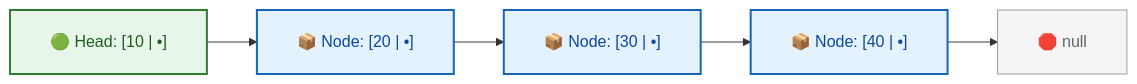
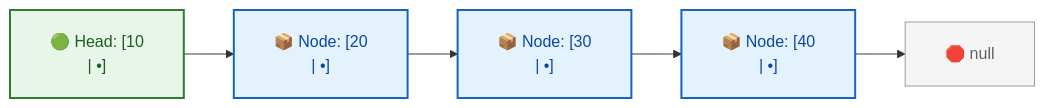
The diagram in week_02_foundations_ii_linear_data_structures/WEEK_02_FULL_PLAYBOOK.md (dip4k/DSA_102), drawn with Mermaid before and after one commit. The commit also changed 106 other files, not shown here.

First line of the commit message:
fix(mermaid): prevent text clipping with foreignObject overflow and tighter line wrapping

````diff
--- a/week_02_foundations_ii_linear_data_structures/WEEK_02_FULL_PLAYBOOK.md
+++ b/week_02_foundations_ii_linear_data_structures/WEEK_02_FULL_PLAYBOOK.md
@@ -633,9 +633,9 @@
 ```mermaid
-%%{init: {"flowchart": {"htmlLabels": true, "padding": 20}}}%%
+%%{init: {"flowchart": {"htmlLabels": true, "padding": 20}, "themeCSS": "foreignObject { overflow: visible !important; }"}}%%
 flowchart LR
     classDef headNode fill:#e8f5e9,stroke:#2e7d32,stroke-width:2px,color:#1b5e20
     classDef node fill:#e3f2fd,stroke:#1565c0,stroke-width:2px,color:#0d47a1
     classDef nullNode fill:#f5f5f5,stroke:#9e9e9e,stroke-width:1px,color:#616161
 
-    N1["🟢 Head: [10 | •]"]:::headNode --> N2["📦 Node: [20 | •]"]:::node --> N3["📦 Node: [30 | •]"]:::node --> N4["📦 Node: [40 | •]"]:::node --> N5["🛑 null"]:::nullNode
+    N1["🟢 Head: [10<br/>| •]"]:::headNode --> N2["📦 Node: [20<br/>| •]"]:::node --> N3["📦 Node: [30<br/>| •]"]:::node --> N4["📦 Node: [40<br/>| •]"]:::node --> N5["🛑 null"]:::nullNode
 ```
````
